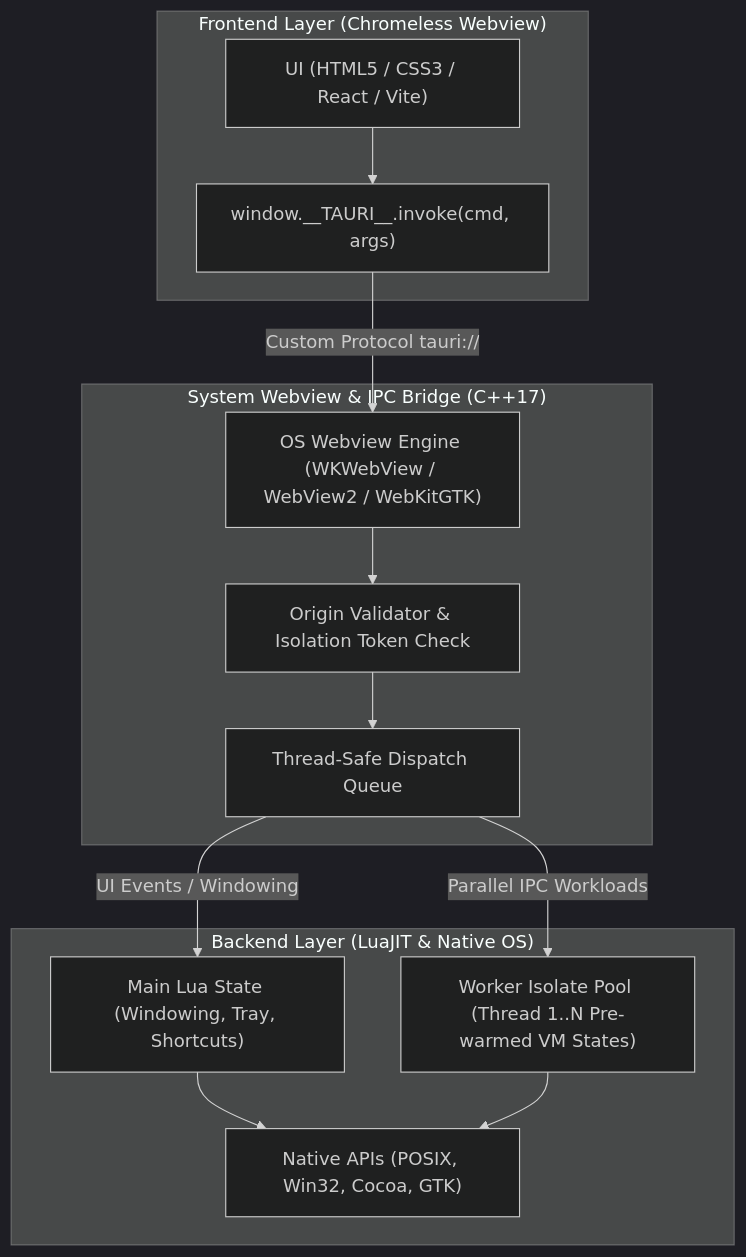
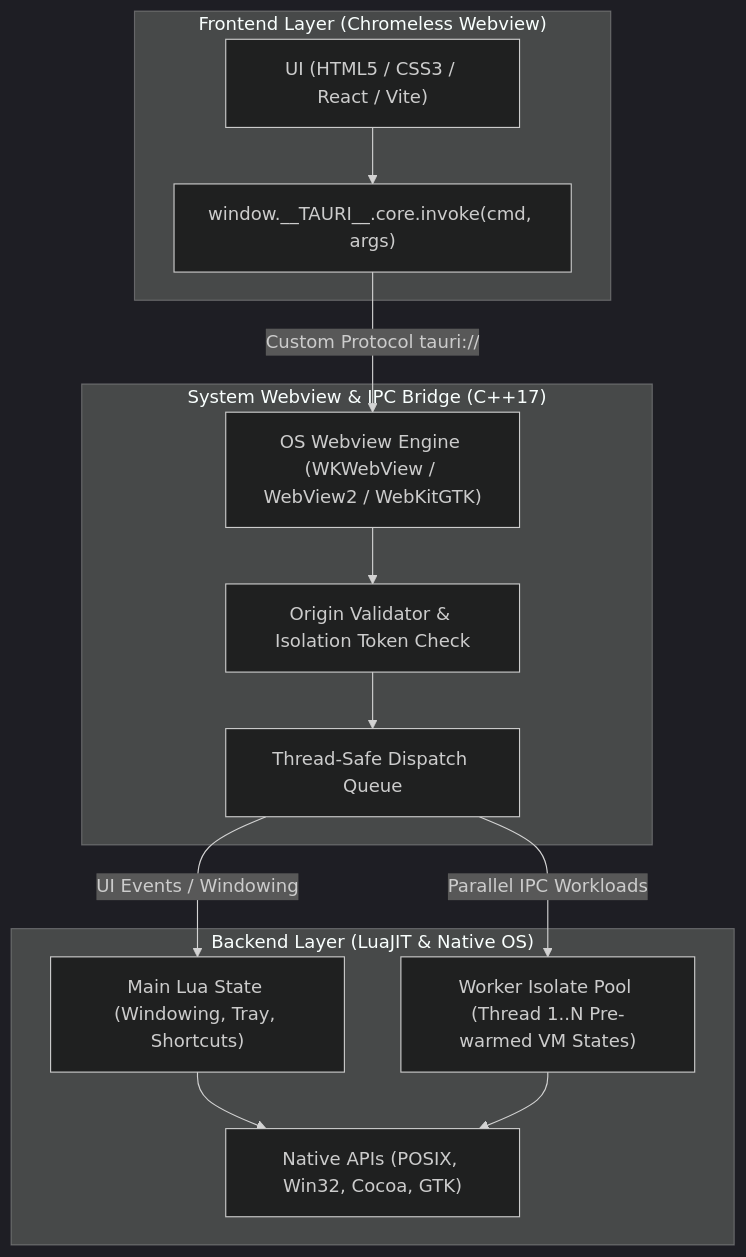
One commit to MoxPy/lua-tauri changed the first of 2 diagrams in README.md. Above: the diagram before and after it, drawn with Mermaid (dark theme). The commit also changed other lines of this file and 1 other file, not shown here.

Commit message:
fix(api): P1-26 align frontend invoke to window.__TAURI__.core.invoke and dialog.ask to kind

````diff
--- a/README.md
+++ b/README.md
@@ -65,28 +65,28 @@
 ```mermaid
 flowchart TB
     subgraph Frontend["Frontend Layer (Chromeless Webview)"]
         UI["UI (HTML5 / CSS3 / React / Vite)"]
-        Client["window.__TAURI__.invoke(cmd, args)"]
+        Client["window.__TAURI__.core.invoke(cmd, args)"]
     end
 
     subgraph Bridge["System Webview & IPC Bridge (C++17)"]
         WK["OS Webview Engine (WKWebView / WebView2 / WebKitGTK)"]
         Origin["Origin Validator & Isolation Token Check"]
         Router["Thread-Safe Dispatch Queue"]
     end
 
     subgraph Backend["Backend Layer (LuaJIT & Native OS)"]
         MainState["Main Lua State (Windowing, Tray, Shortcuts)"]
         Isolates["Worker Isolate Pool (Thread 1..N Pre-warmed VM States)"]
         OS["Native APIs (POSIX, Win32, Cocoa, GTK)"]
     end
 
     UI --> Client
     Client -->|"Custom Protocol tauri://"| WK
     WK --> Origin
     Origin --> Router
     Router -->|UI Events / Windowing| MainState
     Router -->|Parallel IPC Workloads| Isolates
     MainState --> OS
     Isolates --> OS
 ```
````
